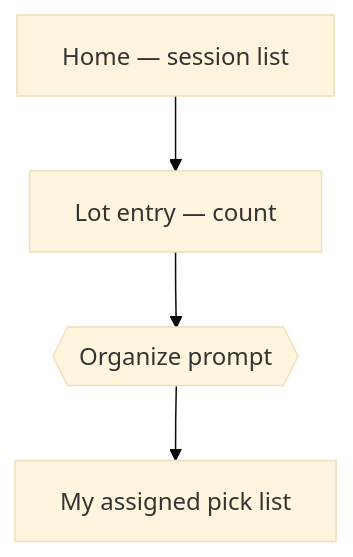
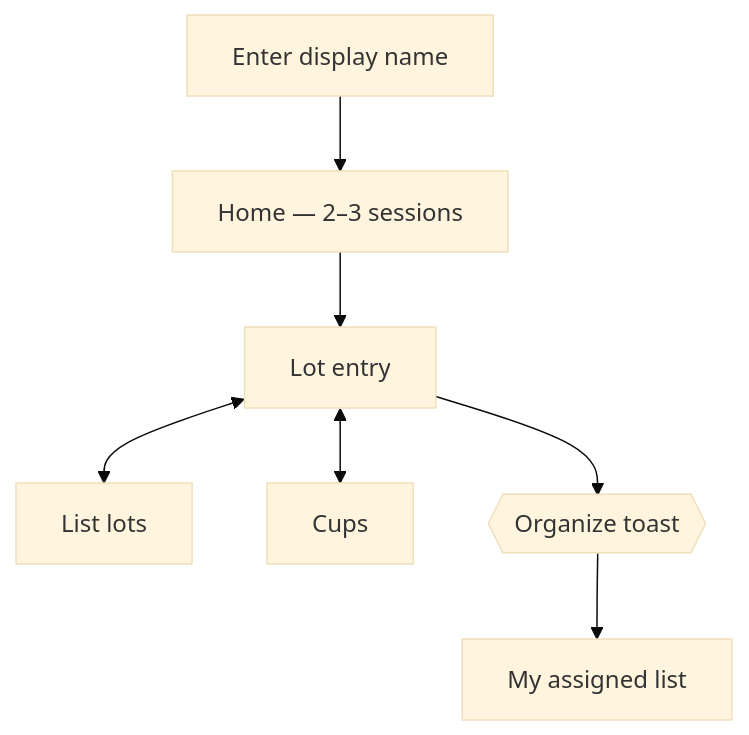
One commit to dcvezzani/brick-counter-coordinator-02 changed the third of 3 diagrams in feature/diff-workflows-for-desktop-and-phone/workflow-diagrams.md. Above: the diagram before and after it, drawn with Mermaid (base theme). The commit also changed other lines of this file and 3 other files, not shown here.

````diff
--- a/feature/diff-workflows-for-desktop-and-phone/workflow-diagrams.md
+++ b/feature/diff-workflows-for-desktop-and-phone/workflow-diagrams.md
@@ -61,6 +62,9 @@
 ```mermaid
 flowchart TB
-    HomeList["Home — session list"] --> LotEntry["Lot entry — count"]
-    LotEntry --> Prompt{{"Organize prompt"}}
-    Prompt --> MyList["My assigned pick list"]
+    Name["Enter display name"] --> HomeList["Home — 2–3 sessions"]
+    HomeList --> LotEntry["Lot entry"]
+    LotEntry <--> Lots["List lots"]
+    LotEntry <--> Cups["Cups"]
+    LotEntry --> Prompt{{"Organize toast"}}
+    Prompt --> MyList["My assigned list"]
 ```
````
